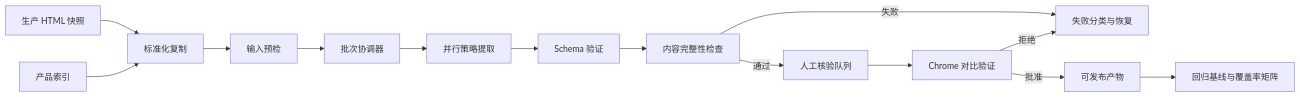
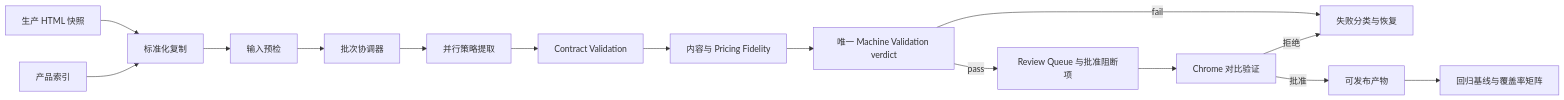
Before and after one commit to lvraikkonen/AzureCNArchaeologist: the diagram in ROADMAP.md, drawn with Mermaid. The commit also changed other lines of this file and 72 other files, not shown here.

````diff
--- a/ROADMAP.md
+++ b/ROADMAP.md
@@ -86,16 +86,17 @@
 ```mermaid
 flowchart LR
     A[生产 HTML 快照] --> B[标准化复制]
     I[产品索引] --> B
     B --> C[输入预检]
     C --> D[批次协调器]
     D --> E[并行策略提取]
-    E --> F[Schema 验证]
-    F --> G[内容完整性检查]
-    G -->|失败| X[失败分类与恢复]
-    G -->|通过| H[人工核验队列]
+    E --> F[Contract Validation]
+    F --> G[内容与 Pricing Fidelity]
+    G --> M[唯一 Machine Validation verdict]
+    M -->|fail| X[失败分类与恢复]
+    M -->|pass| H[Review Queue 与批准阻断项]
     H --> J[Chrome 对比验证]
     J -->|拒绝| X
     J -->|批准| K[可发布产物]
     K --> L[回归基线与覆盖率矩阵]
 ```
````
